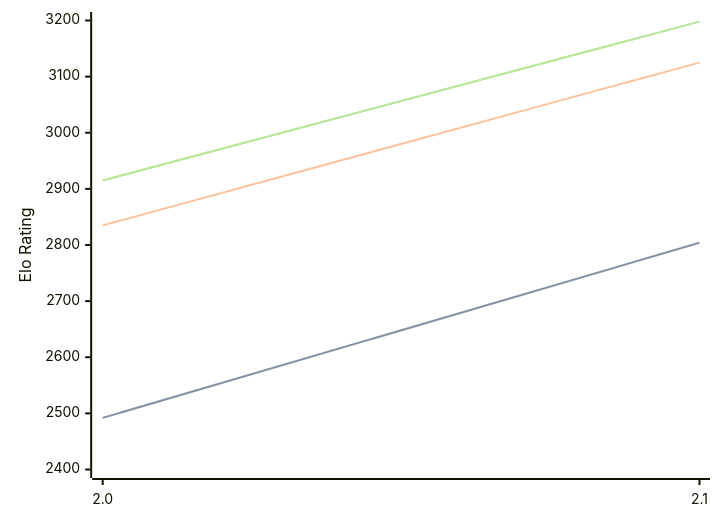
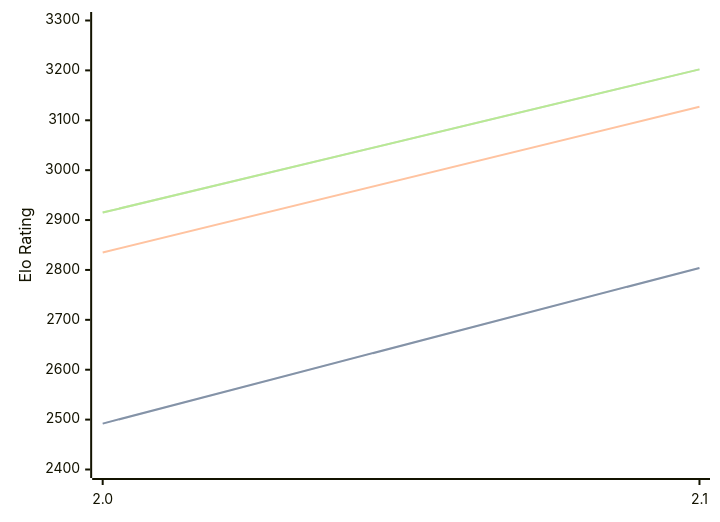
The first of 3 diagrams in engines/Tunguska.md (computer-chess-index/cci), drawn with Mermaid before and after one commit. The commit also changed other lines of this file, not shown here.

Commit message:
Update CCI Ratings (ELO VLTC) - 2026-07-17

````diff
--- a/engines/Tunguska.md
+++ b/engines/Tunguska.md
@@ -32,11 +32,11 @@
 ```mermaid
 %%{init: {"theme":"base","themeVariables":{"seriesColors:['#a3a3a3','#222221','#faa371']}}}%%
 xychart-beta
   x-axis ["2.0", "2.1"]
-  y-axis "Elo Rating" 2400 --> 3200
+  y-axis "Elo Rating" 2400 --> 3300
   line "STC (8.0+0.08s)" [2492, 2804]
   line "STC (8.0+0.08s)" [2492, 2804]
-  line "LTC (60.0+0.60s)" [2835, 3125]
-  line "VLTC (2m24s+1.12s)" [2915, 3198]
-  line "VLTC (2m24s+1.12s)" [2915, 3198]
+  line "LTC (60.0+0.60s)" [2835, 3127]
+  line "VLTC (2m24s+1.12s)" [2915, 3202]
+  line "VLTC (2m24s+1.12s)" [2915, 3202]
 ```
````
